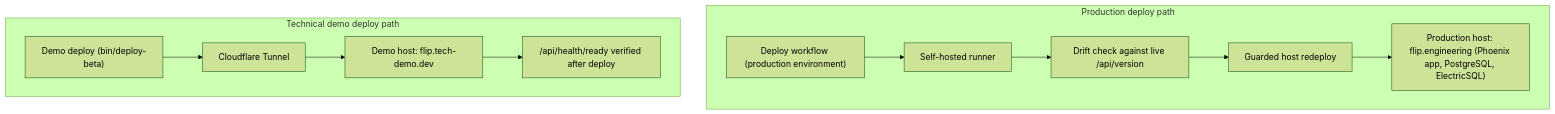
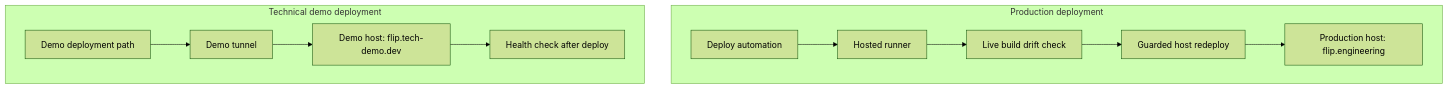
Before and after one commit to wahargis/portfolio: the diagram in flip-technical-overview/diagrams/deployment-topology.mmd, drawn with Mermaid (forest theme). The commit also changed 53 other files, not shown here.

Commit message:
Public-portfolio audit fixes: conceptual architecture pages, executive summaries, diagrams, and redactions

```diff
--- a/flip-technical-overview/diagrams/deployment-topology.mmd
+++ b/flip-technical-overview/diagrams/deployment-topology.mmd
@@ -1,12 +1,12 @@
 flowchart TD
-    subgraph PROD_PATH["Production deploy path"]
-        REL["Deploy workflow (production environment)"] --> RUNNER["Self-hosted runner"]
-        RUNNER --> DRIFT["Drift check against live /api/version"]
+    subgraph PROD_PATH["Production deployment"]
+        REL["Deploy automation"] --> RUNNER["Hosted runner"]
+        RUNNER --> DRIFT["Live build drift check"]
         DRIFT --> REDEPLOY["Guarded host redeploy"]
-        REDEPLOY --> PROD["Production host: flip.engineering (Phoenix app, PostgreSQL, ElectricSQL)"]
+        REDEPLOY --> PROD["Production host: flip.engineering"]
     end
-    subgraph DEMO_PATH["Technical demo deploy path"]
-        BETA["Demo deploy (bin/deploy-beta)"] --> CF["Cloudflare Tunnel"]
-        CF --> DEMO["Demo host: flip.tech-demo.dev"]
-        DEMO --> CHECK["/api/health/ready verified after deploy"]
+    subgraph DEMO_PATH["Technical demo deployment"]
+        BETA["Demo deployment path"] --> TUNNEL["Demo tunnel"]
+        TUNNEL --> DEMO["Demo host: flip.tech-demo.dev"]
+        DEMO --> CHECK["Health check after deploy"]
     end
```
